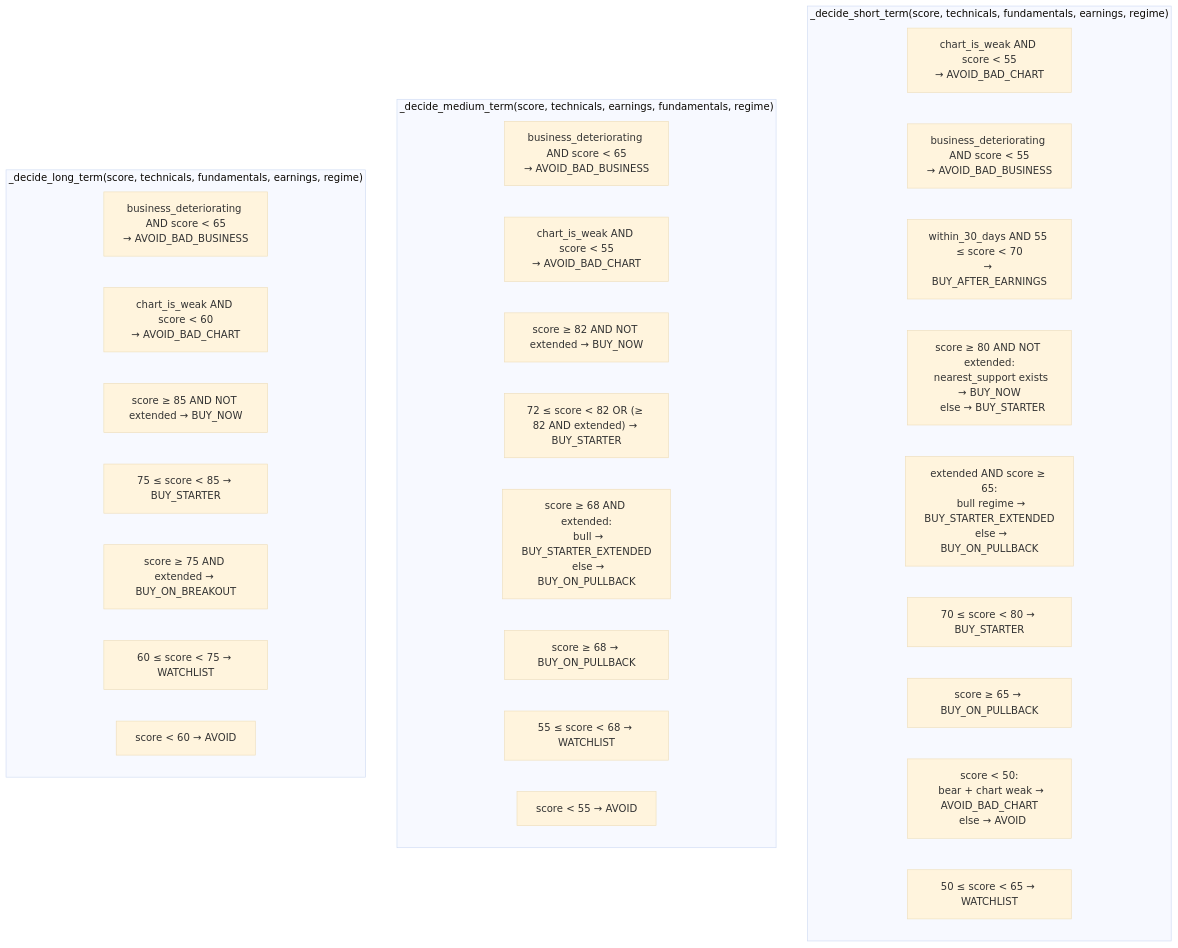
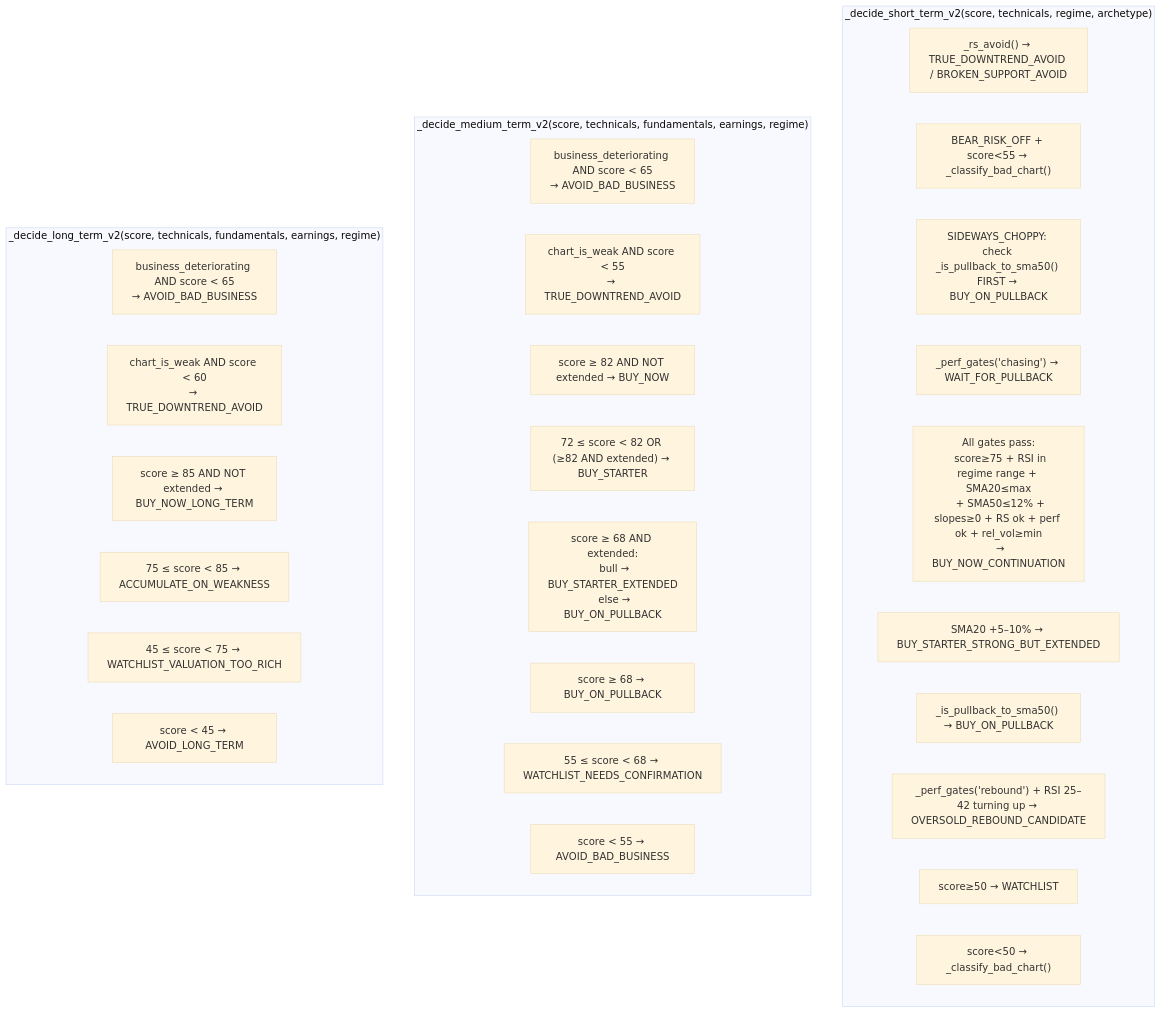
One commit to krutikpatel/stockBuyDecisioner1 changed diagram 13 of 22 in LLD.md. Above: the diagram before and after it, drawn with Mermaid (base theme). The commit also changed other lines of this file and 9 other files, not shown here.

````diff
--- a/LLD.md
+++ b/LLD.md
@@ -1085,35 +1163,35 @@
 ```mermaid
 flowchart TD
-    subgraph ST["_decide_short_term(score, technicals, fundamentals, earnings, regime)"]
-        ST0["chart_is_weak AND score < 55\n→ AVOID_BAD_CHART"]
-        ST0b["business_deteriorating AND score < 55\n→ AVOID_BAD_BUSINESS"]
-        ST0c["within_30_days AND 55 ≤ score < 70\n→ BUY_AFTER_EARNINGS"]
-        ST1["score ≥ 80 AND NOT extended:\n  nearest_support exists → BUY_NOW\n  else → BUY_STARTER"]
-        ST2["extended AND score ≥ 65:\n  bull regime → BUY_STARTER_EXTENDED\n  else → BUY_ON_PULLBACK"]
-        ST3["70 ≤ score < 80 → BUY_STARTER"]
-        ST4["score ≥ 65 → BUY_ON_PULLBACK"]
-        ST5["score < 50:\n  bear + chart weak → AVOID_BAD_CHART\n  else → AVOID"]
-        ST6["50 ≤ score < 65 → WATCHLIST"]
+    subgraph ST["_decide_short_term_v2(score, technicals, regime, archetype)"]
+        ST_AVOID["_rs_avoid() → TRUE_DOWNTREND_AVOID / BROKEN_SUPPORT_AVOID"]
+        ST_BEAR["BEAR_RISK_OFF + score<55 → _classify_bad_chart()"]
+        ST_CHOP["SIDEWAYS_CHOPPY: check _is_pullback_to_sma50() FIRST → BUY_ON_PULLBACK"]
+        ST_CHASE["_perf_gates('chasing') → WAIT_FOR_PULLBACK"]
+        ST_CONT["All gates pass:\n  score≥75 + RSI in regime range + SMA20≤max\n  + SMA50≤12% + slopes≥0 + RS ok + perf ok + rel_vol≥min\n  → BUY_NOW_CONTINUATION"]
+        ST_EXT["SMA20 +5–10% → BUY_STARTER_STRONG_BUT_EXTENDED"]
+        ST_PULL["_is_pullback_to_sma50() → BUY_ON_PULLBACK"]
+        ST_REB["_perf_gates('rebound') + RSI 25–42 turning up → OVERSOLD_REBOUND_CANDIDATE"]
+        ST_WATCH["score≥50 → WATCHLIST"]
+        ST_BAD["score<50 → _classify_bad_chart()"]
     end
 
-    subgraph MT["_decide_medium_term(score, technicals, earnings, fundamentals, regime)"]
+    subgraph MT["_decide_medium_term_v2(score, technicals, fundamentals, earnings, regime)"]
         MT0["business_deteriorating AND score < 65\n→ AVOID_BAD_BUSINESS"]
-        MT0b["chart_is_weak AND score < 55\n→ AVOID_BAD_CHART"]
+        MT0b["chart_is_weak AND score < 55\n→ TRUE_DOWNTREND_AVOID"]
         MT1["score ≥ 82 AND NOT extended → BUY_NOW"]
-        MT2["72 ≤ score < 82 OR (≥ 82 AND extended) → BUY_STARTER"]
+        MT2["72 ≤ score < 82 OR (≥82 AND extended) → BUY_STARTER"]
         MT3["score ≥ 68 AND extended:\n  bull → BUY_STARTER_EXTENDED\n  else → BUY_ON_PULLBACK"]
         MT4["score ≥ 68 → BUY_ON_PULLBACK"]
-        MT5["55 ≤ score < 68 → WATCHLIST"]
-        MT6["score < 55 → AVOID"]
+        MT5["55 ≤ score < 68 → WATCHLIST_NEEDS_CONFIRMATION"]
+        MT6["score < 55 → AVOID_BAD_BUSINESS"]
     end
 
-    subgraph LT["_decide_long_term(score, technicals, fundamentals, earnings, regime)"]
+    subgraph LT["_decide_long_term_v2(score, technicals, fundamentals, earnings, regime)"]
         LT0["business_deteriorating AND score < 65\n→ AVOID_BAD_BUSINESS"]
-        LT0b["chart_is_weak AND score < 60\n→ AVOID_BAD_CHART"]
-        LT1["score ≥ 85 AND NOT extended → BUY_NOW"]
-        LT2["75 ≤ score < 85 → BUY_STARTER"]
-        LT3["score ≥ 75 AND extended → BUY_ON_BREAKOUT"]
-        LT4["60 ≤ score < 75 → WATCHLIST"]
-        LT5["score < 60 → AVOID"]
+        LT0b["chart_is_weak AND score < 60\n→ TRUE_DOWNTREND_AVOID"]
+        LT1["score ≥ 85 AND NOT extended → BUY_NOW_LONG_TERM"]
+        LT2["75 ≤ score < 85 → ACCUMULATE_ON_WEAKNESS"]
+        LT3["45 ≤ score < 75 → WATCHLIST_VALUATION_TOO_RICH"]
+        LT4["score < 45 → AVOID_LONG_TERM"]
     end
 ```
````
